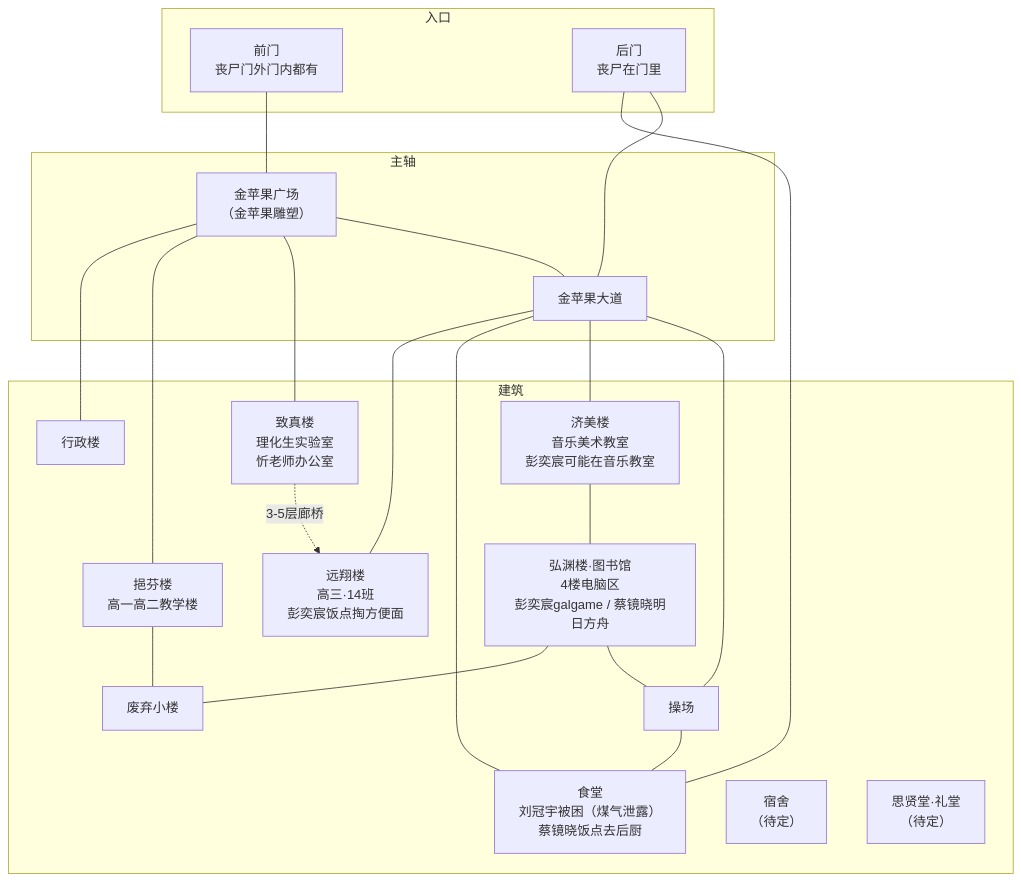
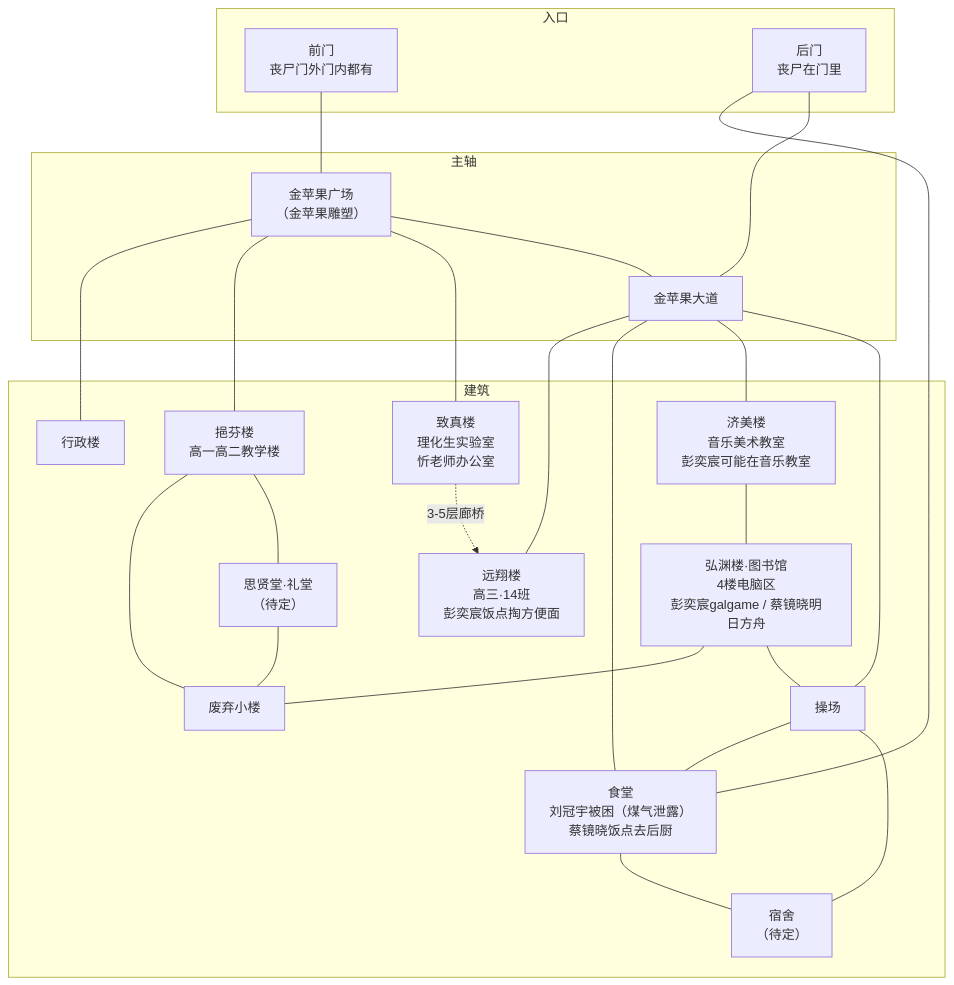
The diagram in 建平中学设计稿.md (bobomymz/Plot-Game), drawn with Mermaid before and after one commit. The commit also changed other lines of this file, not shown here.

````diff
--- a/建平中学设计稿.md
+++ b/建平中学设计稿.md
@@ -47,44 +47,48 @@
 ```mermaid
 flowchart TD
     subgraph 入口
         FRONT["前门<br/>丧尸门外门内都有"]
         BACK["后门<br/>丧尸在门里"]
     end
 
     subgraph 主轴
         PLAZA["金苹果广场<br/>（金苹果雕塑）"]
         AVENUE["金苹果大道"]
     end
 
     subgraph 建筑
         ADMIN["行政楼"]
         YI["挹芬楼<br/>高一高二教学楼"]
         ZHI["致真楼<br/>理化生实验室<br/>忻老师办公室"]
         YUAN["远翔楼<br/>高三·14班<br/>彭奕宸饭点掏方便面"]
         CANTEEN["食堂<br/>刘冠宇被困（煤气泄露）<br/>蔡镜晓饭点去后厨"]
         JIMEI["济美楼<br/>音乐美术教室<br/>彭奕宸可能在音乐教室"]
         LIB["弘渊楼·图书馆<br/>4楼电脑区<br/>彭奕宸galgame / 蔡镜晓明日方舟"]
         ABANDON["废弃小楼"]
         FIELD["操场"]
         DORM["宿舍<br/>（待定）"]
         HALL["思贤堂·礼堂<br/>（待定）"]
     end
 
     FRONT --- PLAZA
     PLAZA --- ADMIN
     PLAZA --- YI
     PLAZA --- ZHI
     PLAZA --- AVENUE
     AVENUE --- YUAN
     AVENUE --- CANTEEN
     AVENUE --- JIMEI
     AVENUE --- FIELD
     YI --- ABANDON
     JIMEI --- LIB
     LIB --- ABANDON
     ZHI -.3-5层廊桥.-> YUAN
     BACK --- CANTEEN
     BACK --- AVENUE
     FIELD --- CANTEEN
     LIB --- FIELD
+    CANTEEN --- DORM
+    FIELD --- DORM
+    YI --- HALL
+    HALL --- ABANDON
 ```
````
